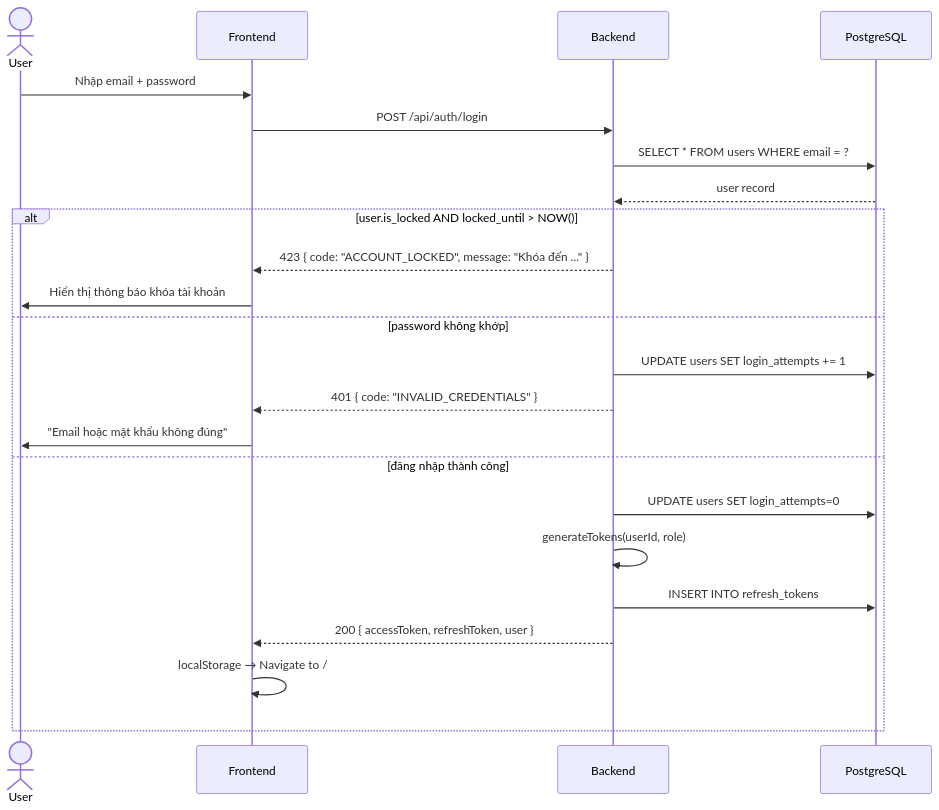
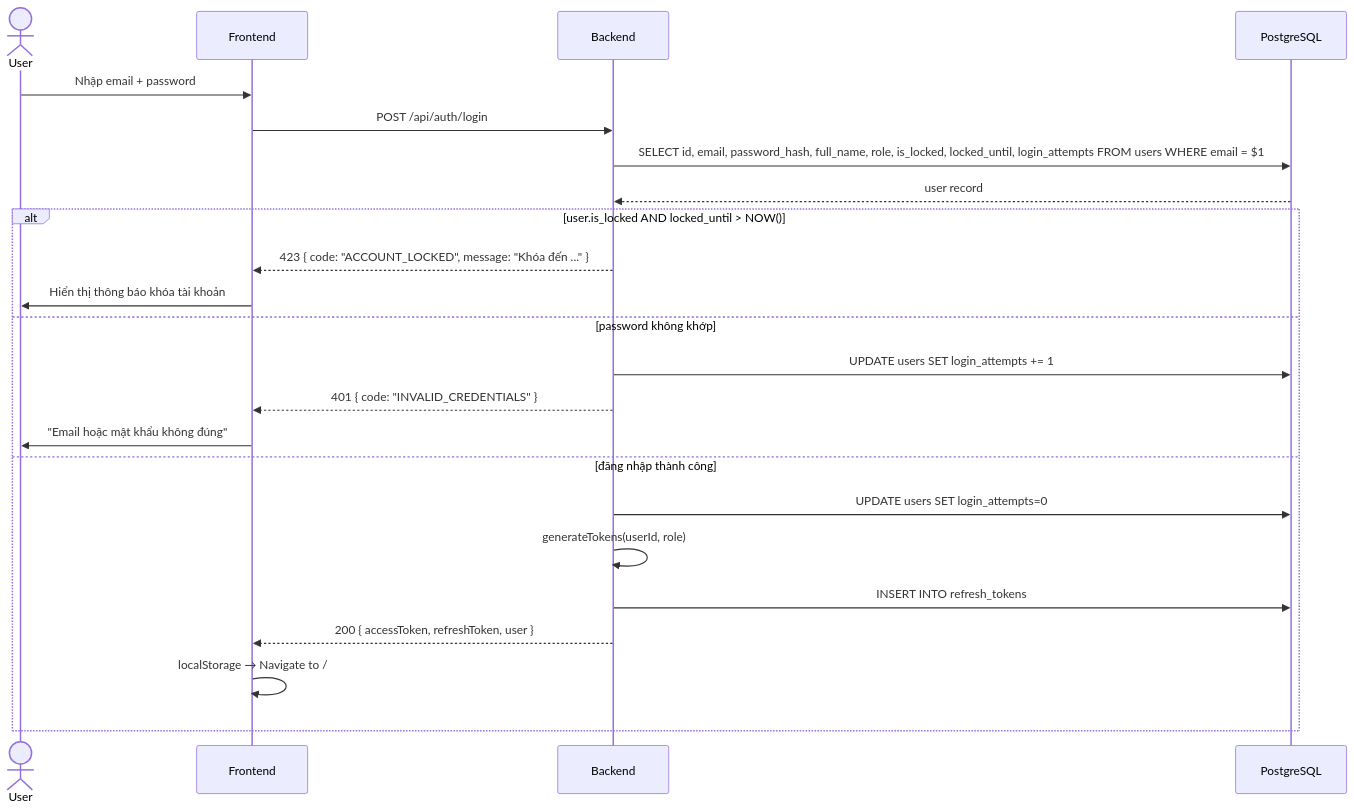
Before and after one commit to HoangAnh-ToiChoi/MedAssist-Project-AI-Drug-Recommendation-System: the second of 4 diagrams in docs/technical/TDD.md, drawn with Mermaid. The commit also changed other lines of this file, not shown here.

````diff
--- a/docs/technical/TDD.md
+++ b/docs/technical/TDD.md
@@ -488,27 +536,27 @@
 ```mermaid
 sequenceDiagram
     actor User
     participant FE as Frontend
     participant BE as Backend
     participant DB as PostgreSQL
 
     User->>FE: Nhập email + password
     FE->>BE: POST /api/auth/login
-    BE->>DB: SELECT * FROM users WHERE email = ?
+    BE->>DB: SELECT id, email, password_hash, full_name, role, is_locked, locked_until, login_attempts FROM users WHERE email = $1
     DB-->>BE: user record
 
     alt user.is_locked AND locked_until > NOW()
         BE-->>FE: 423 { code: "ACCOUNT_LOCKED", message: "Khóa đến ..." }
         FE->>User: Hiển thị thông báo khóa tài khoản
     else password không khớp
         BE->>DB: UPDATE users SET login_attempts += 1
         BE-->>FE: 401 { code: "INVALID_CREDENTIALS" }
         FE->>User: "Email hoặc mật khẩu không đúng"
     else đăng nhập thành công
         BE->>DB: UPDATE users SET login_attempts=0
         BE->>BE: generateTokens(userId, role)
         BE->>DB: INSERT INTO refresh_tokens
         BE-->>FE: 200 { accessToken, refreshToken, user }
         FE->>FE: localStorage → Navigate to /
     end
 ```
````
